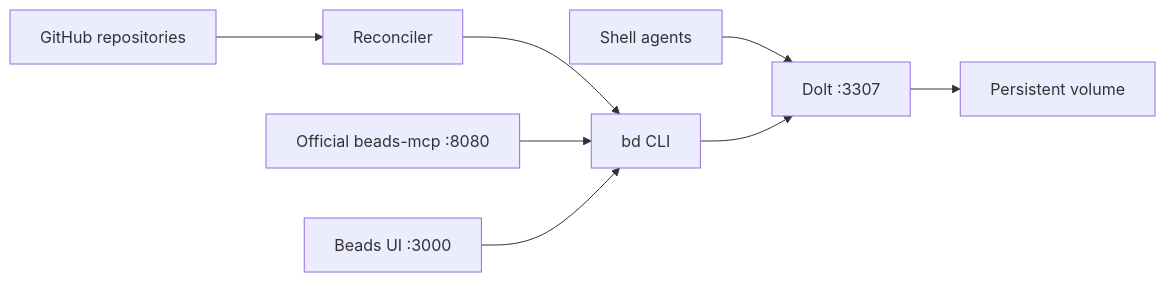
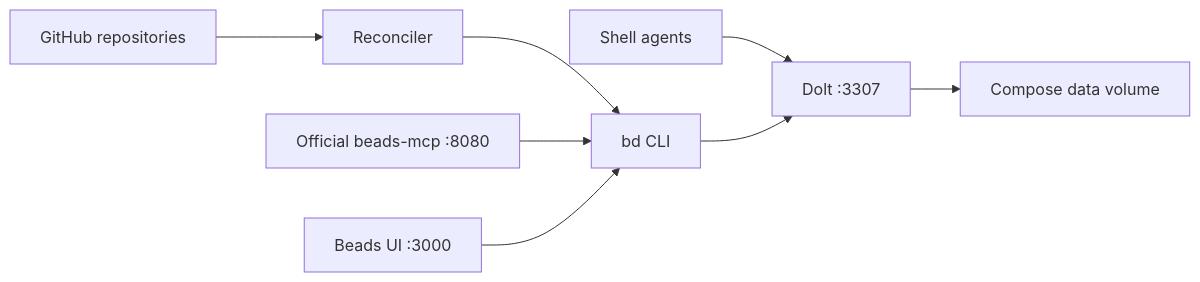
One commit to jufty-bot/beads-hub changed the diagram in README.md. Above: the diagram before and after it, drawn with Mermaid. The commit also changed other lines of this file and 16 other files, not shown here.

````diff
--- a/README.md
+++ b/README.md
@@ -7,10 +7,10 @@
 ```mermaid
 flowchart LR
     GitHub[GitHub repositories] --> Reconciler
     Reconciler --> CLI[bd CLI]
     MCP[Official beads-mcp :8080] --> CLI
     UI[Beads UI :3000] --> CLI
     Agents[Shell agents] --> Dolt[Dolt :3307]
     CLI --> Dolt
-    Dolt --> PVC[Persistent volume]
+    Dolt --> Volume[Compose data volume]
 ```
````
